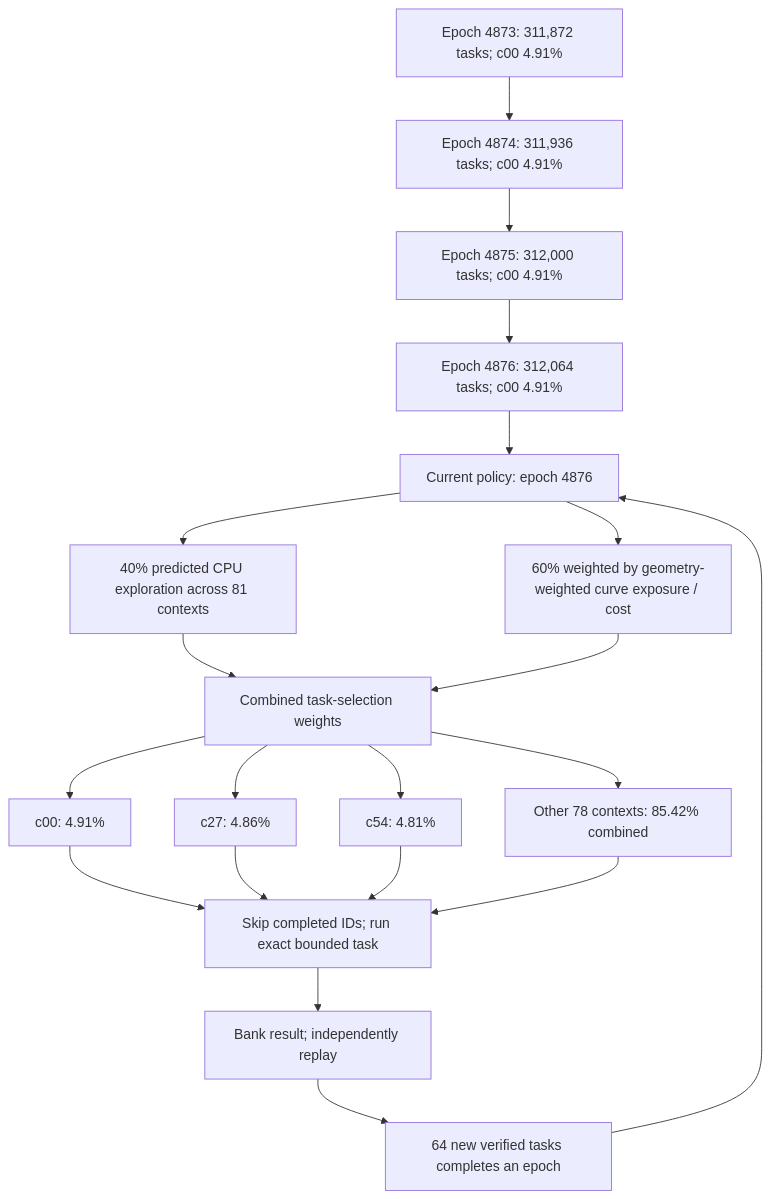
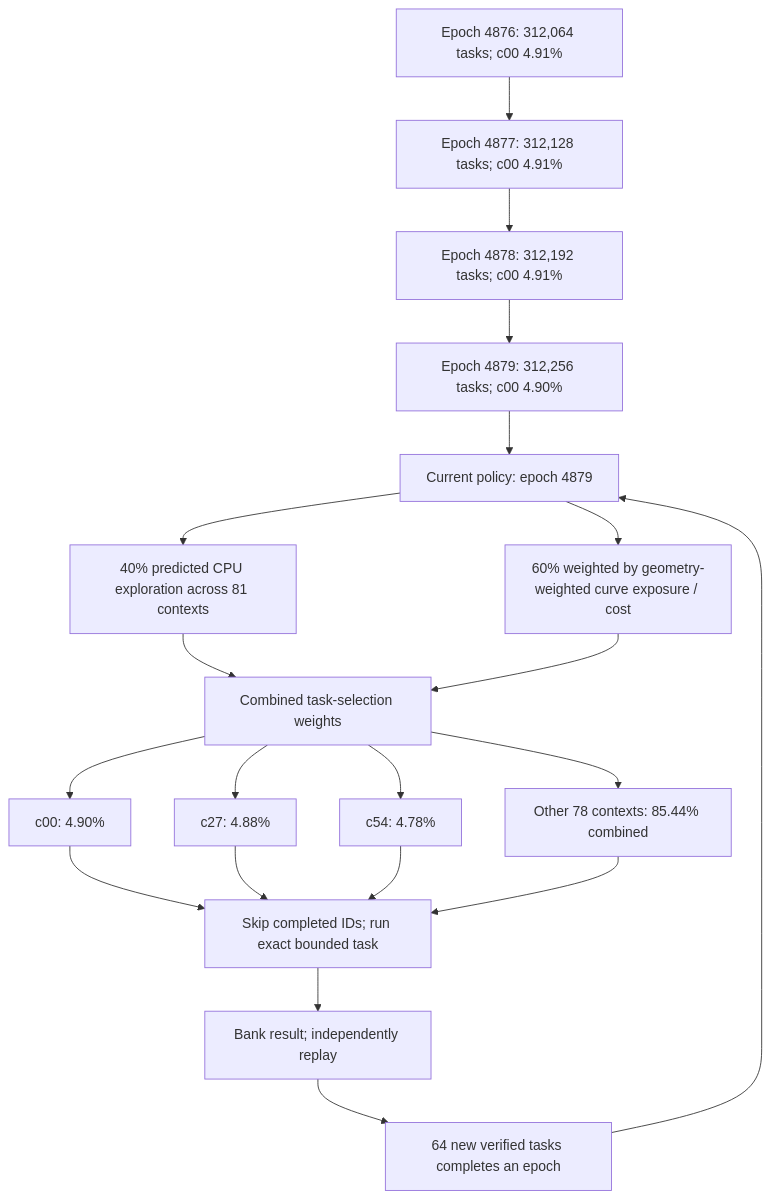
The first of 3 diagrams in README.md (Kuberwastaken/math-gambling), drawn with Mermaid before and after one commit. The commit also changed other lines of this file and 528 other files, not shown here.

````diff
--- a/README.md
+++ b/README.md
@@ -60,27 +60,27 @@
 ```mermaid
 flowchart TD
-    H0["Epoch 4873: 311,872 tasks; c00 4.91%"]
-    H1["Epoch 4874: 311,936 tasks; c00 4.91%"]
+    H0["Epoch 4876: 312,064 tasks; c00 4.91%"]
+    H1["Epoch 4877: 312,128 tasks; c00 4.91%"]
     H0 --> H1
-    H2["Epoch 4875: 312,000 tasks; c00 4.91%"]
+    H2["Epoch 4878: 312,192 tasks; c00 4.91%"]
     H1 --> H2
-    H3["Epoch 4876: 312,064 tasks; c00 4.91%"]
+    H3["Epoch 4879: 312,256 tasks; c00 4.90%"]
     H2 --> H3
-    Policy["Current policy: epoch 4876"]
+    Policy["Current policy: epoch 4879"]
     H3 --> Policy
     Policy --> Explore["40% predicted CPU exploration across 81 contexts"]
     Policy --> Cost["60% weighted by geometry-weighted curve exposure / cost"]
     Explore --> Mix["Combined task-selection weights"]
     Cost --> Mix
-    Mix --> C0["c00: 4.91%"]
-    Mix --> C1["c27: 4.86%"]
-    Mix --> C2["c54: 4.81%"]
-    Mix --> Rest["Other 78 contexts: 85.42% combined"]
+    Mix --> C0["c00: 4.90%"]
+    Mix --> C1["c27: 4.88%"]
+    Mix --> C2["c54: 4.78%"]
+    Mix --> Rest["Other 78 contexts: 85.44% combined"]
     C0 --> Check["Skip completed IDs; run exact bounded task"]
     C1 --> Check
     C2 --> Check
     Rest --> Check
     Check --> Replay["Bank result; independently replay"]
     Replay --> Gate["64 new verified tasks completes an epoch"]
     Gate --> Policy
 ```
````
